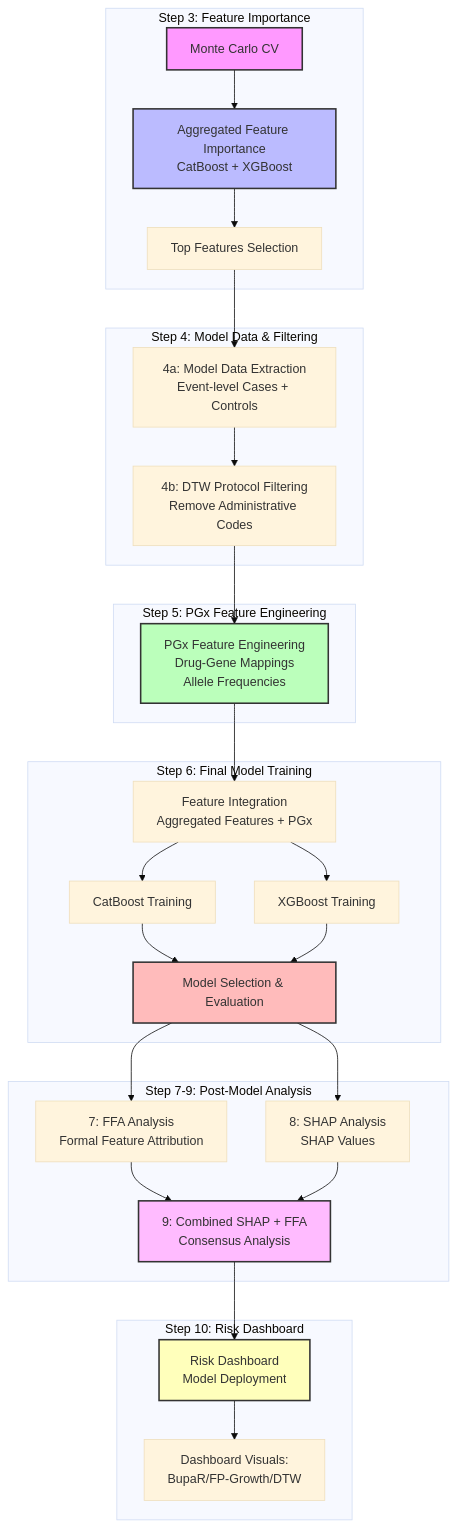
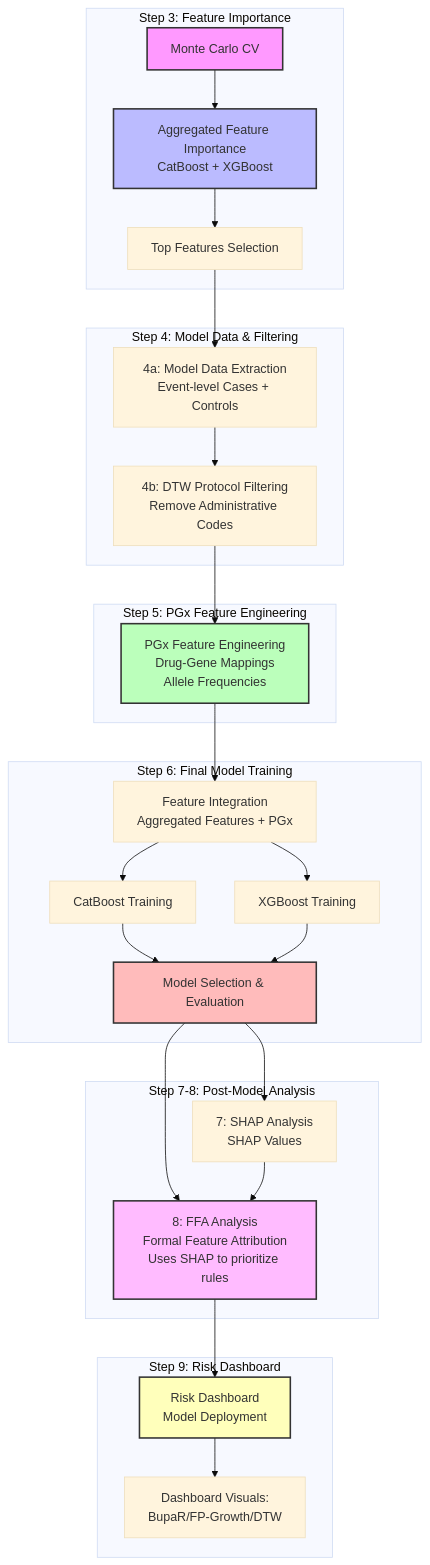
One commit to Jerome3590/pgx-analysis changed the diagram in docs/README_analysis_workflow.md. Above: the diagram before and after it, drawn with Mermaid (base theme). The commit also changed other lines of this file and 11 other files, not shown here.

````diff
--- a/docs/README_analysis_workflow.md
+++ b/docs/README_analysis_workflow.md
@@ -302,43 +302,42 @@
 ```mermaid
 flowchart TD
     subgraph "Step 3: Feature Importance"
         A[Monte Carlo CV] --> B[Aggregated Feature Importance<br/>CatBoost + XGBoost]
         B --> C[Top Features Selection]
     end
     
     subgraph "Step 4: Model Data & Filtering"
         C --> D[4a: Model Data Extraction<br/>Event-level Cases + Controls]
         D --> E[4b: DTW Protocol Filtering<br/>Remove Administrative Codes]
     end
     
     subgraph "Step 5: PGx Feature Engineering"
         E --> F[PGx Feature Engineering<br/>Drug-Gene Mappings<br/>Allele Frequencies]
     end
     
     subgraph "Step 6: Final Model Training"
         F --> G[Feature Integration<br/>Aggregated Features + PGx]
         G --> H[CatBoost Training]
         G --> I[XGBoost Training]
         H --> J[Model Selection & Evaluation]
         I --> J
     end
     
-    subgraph "Step 7-9: Post-Model Analysis"
-        J --> K[7: FFA Analysis<br/>Formal Feature Attribution]
-        J --> L[8: SHAP Analysis<br/>SHAP Values]
-        K --> M[9: Combined SHAP + FFA<br/>Consensus Analysis]
-        L --> M
+    subgraph "Step 7-8: Post-Model Analysis"
+        J --> K[7: SHAP Analysis<br/>SHAP Values]
+        J --> L[8: FFA Analysis<br/>Formal Feature Attribution<br/>Uses SHAP to prioritize rules]
+        K --> L
     end
     
-    subgraph "Step 10: Risk Dashboard"
-        M --> N[Risk Dashboard<br/>Model Deployment]
+    subgraph "Step 9: Risk Dashboard"
+        L --> N[Risk Dashboard<br/>Model Deployment]
         N --> O[Dashboard Visuals:<br/>BupaR/FP-Growth/DTW]
     end
     
     style A fill:#f9f,stroke:#333,stroke-width:2px
     style B fill:#bbf,stroke:#333,stroke-width:2px
     style F fill:#bfb,stroke:#333,stroke-width:2px
     style J fill:#fbb,stroke:#333,stroke-width:2px
-    style M fill:#fbf,stroke:#333,stroke-width:2px
+    style L fill:#fbf,stroke:#333,stroke-width:2px
     style N fill:#ffb,stroke:#333,stroke-width:2px
 ```
````
